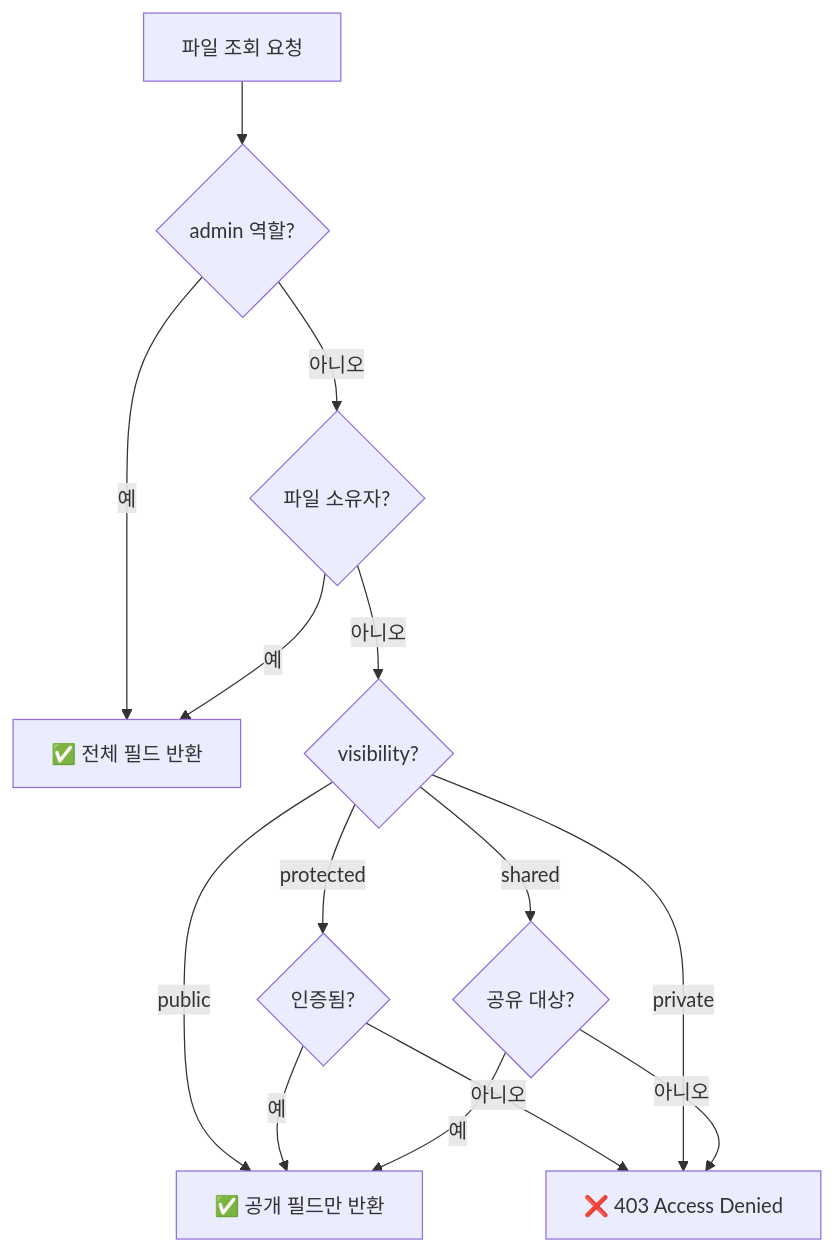
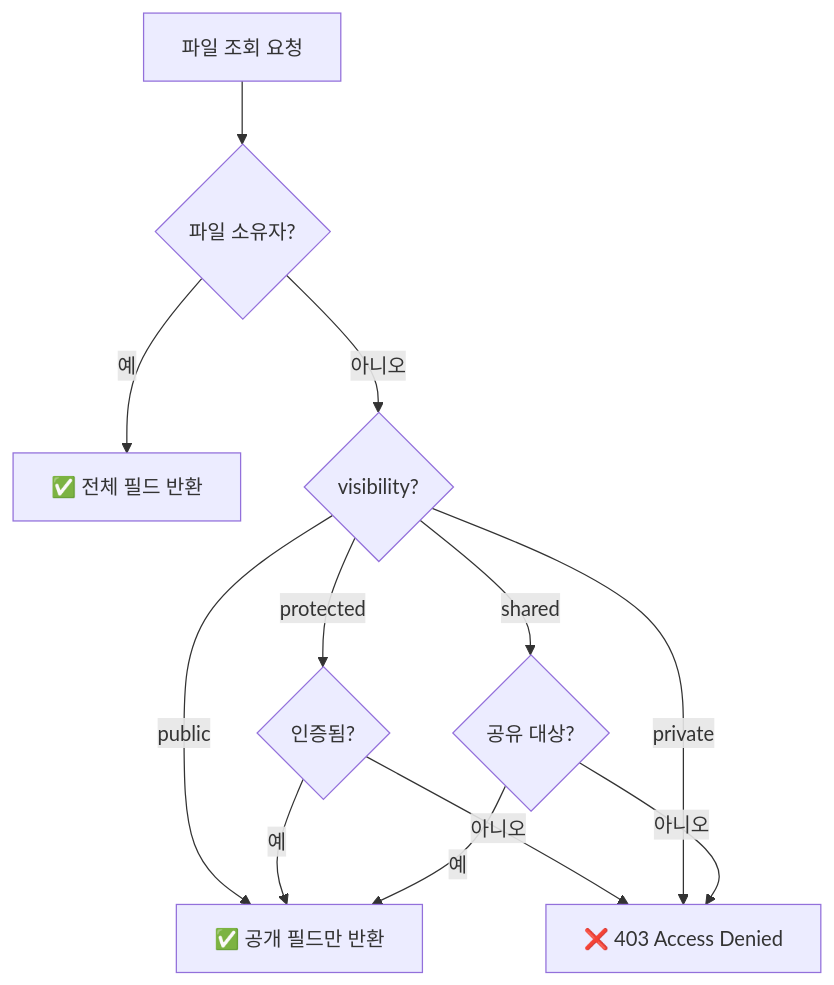
One commit to popup-studio-ai/bkend-docs changed the diagram in ko/storage/08-permissions.md. Above: the diagram before and after it, drawn with Mermaid. The commit also changed other lines of this file and 424 other files, not shown here.

````diff
--- a/ko/storage/08-permissions.md
+++ b/ko/storage/08-permissions.md
@@ -78,16 +78,14 @@
 ```mermaid
 flowchart TD
-    A[파일 조회 요청] --> B{admin 역할?}
-    B -->|예| C[✅ 전체 필드 반환]
-    B -->|아니오| D{파일 소유자?}
-    D -->|예| C
+    A[파일 조회 요청] --> D{파일 소유자?}
+    D -->|예| C[✅ 전체 필드 반환]
     D -->|아니오| E{visibility?}
     E -->|public| F[✅ 공개 필드만 반환]
     E -->|protected| G{인증됨?}
     G -->|예| F
     G -->|아니오| H[❌ 403 Access Denied]
     E -->|private| H
     E -->|shared| I{공유 대상?}
     I -->|예| F
     I -->|아니오| H
 ```
````
